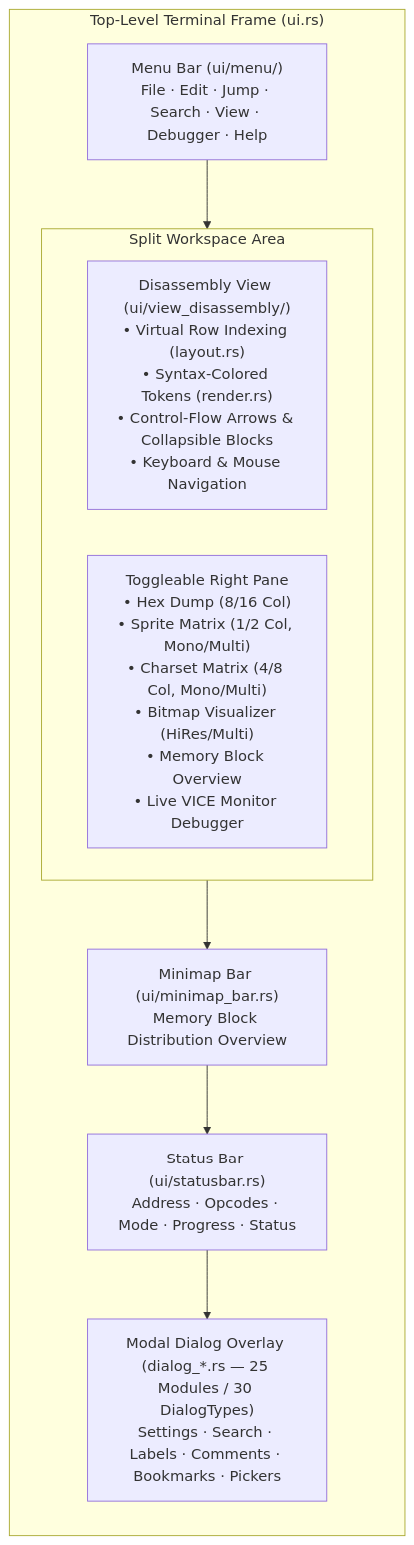
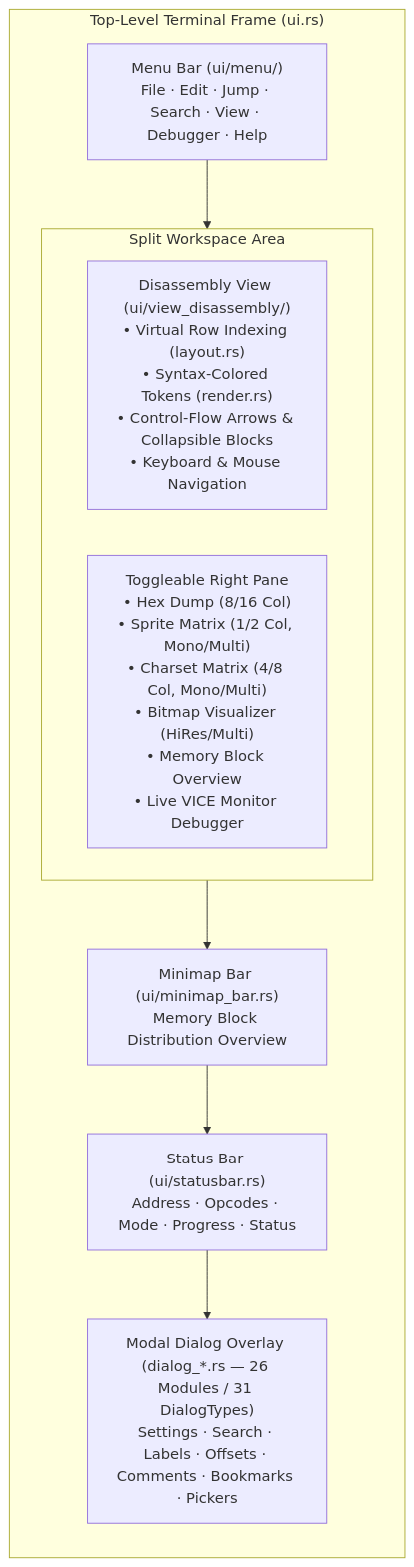
Before and after one commit to ricardoquesada/regenerator2000: the seventh of 11 diagrams in docs/architecture.md, drawn with Mermaid. The commit also changed other lines of this file and 49 other files, not shown here.

````diff
--- a/docs/architecture.md
+++ b/docs/architecture.md
@@ -472,22 +479,22 @@
 ```mermaid
 flowchart TB
     subgraph TUIFrame ["Top-Level Terminal Frame (ui.rs)"]
         direction TB
         MenuBar["Menu Bar (ui/menu/)<br/>File · Edit · Jump · Search · View · Debugger · Help"]
 
         subgraph MainWorkspace ["Split Workspace Area"]
             direction LR
             LeftPane["Disassembly View (ui/view_disassembly/)<br/>• Virtual Row Indexing (layout.rs)<br/>• Syntax-Colored Tokens (render.rs)<br/>• Control-Flow Arrows & Collapsible Blocks<br/>• Keyboard & Mouse Navigation"]
             RightPane["Toggleable Right Pane<br/>• Hex Dump (8/16 Col)<br/>• Sprite Matrix (1/2 Col, Mono/Multi)<br/>• Charset Matrix (4/8 Col, Mono/Multi)<br/>• Bitmap Visualizer (HiRes/Multi)<br/>• Memory Block Overview<br/>• Live VICE Monitor Debugger"]
         end
 
         Minimap["Minimap Bar (ui/minimap_bar.rs)<br/>Memory Block Distribution Overview"]
         StatusBar["Status Bar (ui/statusbar.rs)<br/>Address · Opcodes · Mode · Progress · Status"]
-        ModalOverlay["Modal Dialog Overlay (dialog_*.rs — 25 Modules / 30 DialogTypes)<br/>Settings · Search · Labels · Comments · Bookmarks · Pickers"]
+        ModalOverlay["Modal Dialog Overlay (dialog_*.rs — 26 Modules / 31 DialogTypes)<br/>Settings · Search · Labels · Offsets · Comments · Bookmarks · Pickers"]
 
         MenuBar --> MainWorkspace
         MainWorkspace --> Minimap
         Minimap --> StatusBar
         StatusBar --> ModalOverlay
     end
 ```
````
